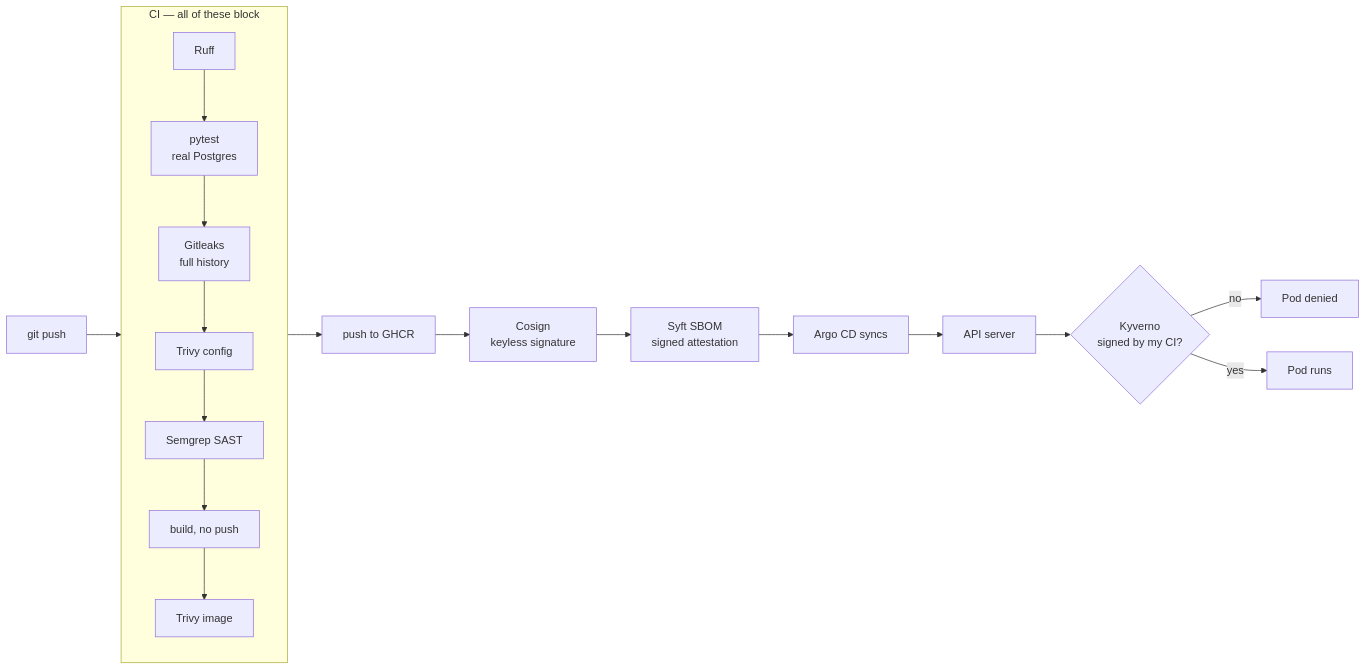
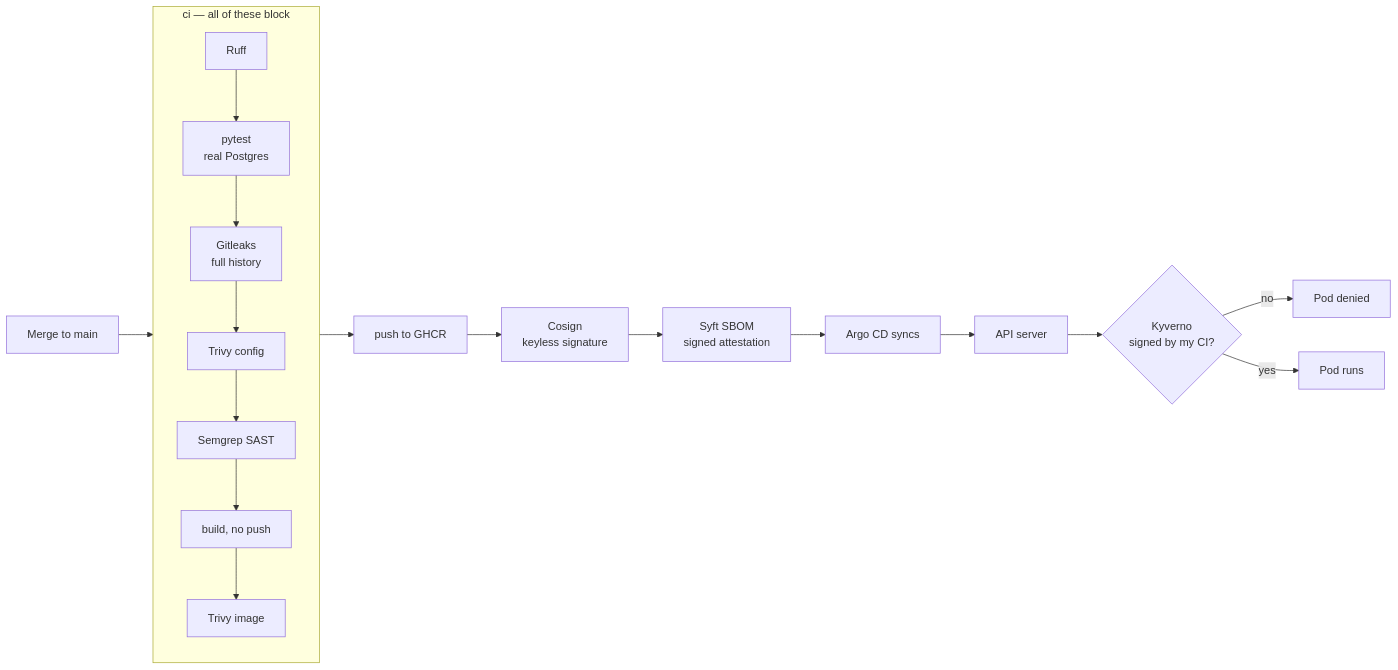
The third of 3 diagrams in profile/README.md (juan-in-one/.github), drawn with Mermaid before and after one commit. The commit also changed other lines of this file, not shown here.

First line of the commit message:
docs: explicar la separacion PR/merge en Supply chain, con dos diagramas

````diff
--- a/profile/README.md
+++ b/profile/README.md
@@ -104,24 +122,24 @@
 ```mermaid
 flowchart LR
-    push["git push"] --> gate
+    push["Merge to main"] --> gate
 
-    subgraph gate["CI — all of these block"]
+    subgraph gate["ci — all of these block"]
         direction TB
         a["Ruff"] --> b["pytest<br/>real Postgres"]
         b --> c["Gitleaks<br/>full history"]
         c --> d["Trivy config"]
         d --> e["Semgrep SAST"]
         e --> f["build, no push"]
         f --> g["Trivy image"]
     end
 
     gate --> pushimg["push to GHCR"]
     pushimg --> sign["Cosign<br/>keyless signature"]
     sign --> sbom["Syft SBOM<br/>signed attestation"]
 
     sbom --> argo["Argo CD syncs"]
     argo --> api["API server"]
     api --> kyv{"Kyverno<br/>signed by my CI?"}
     kyv -->|no| deny["Pod denied"]
     kyv -->|yes| run["Pod runs"]
 ```
````
